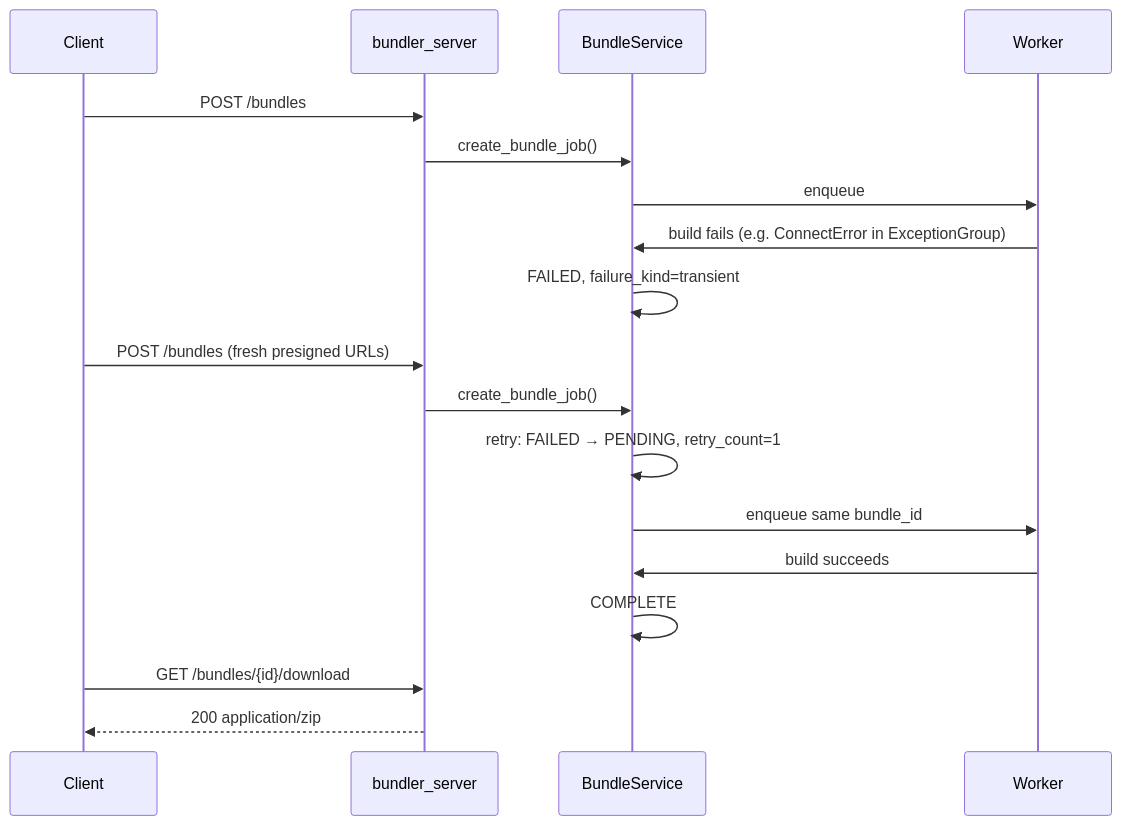
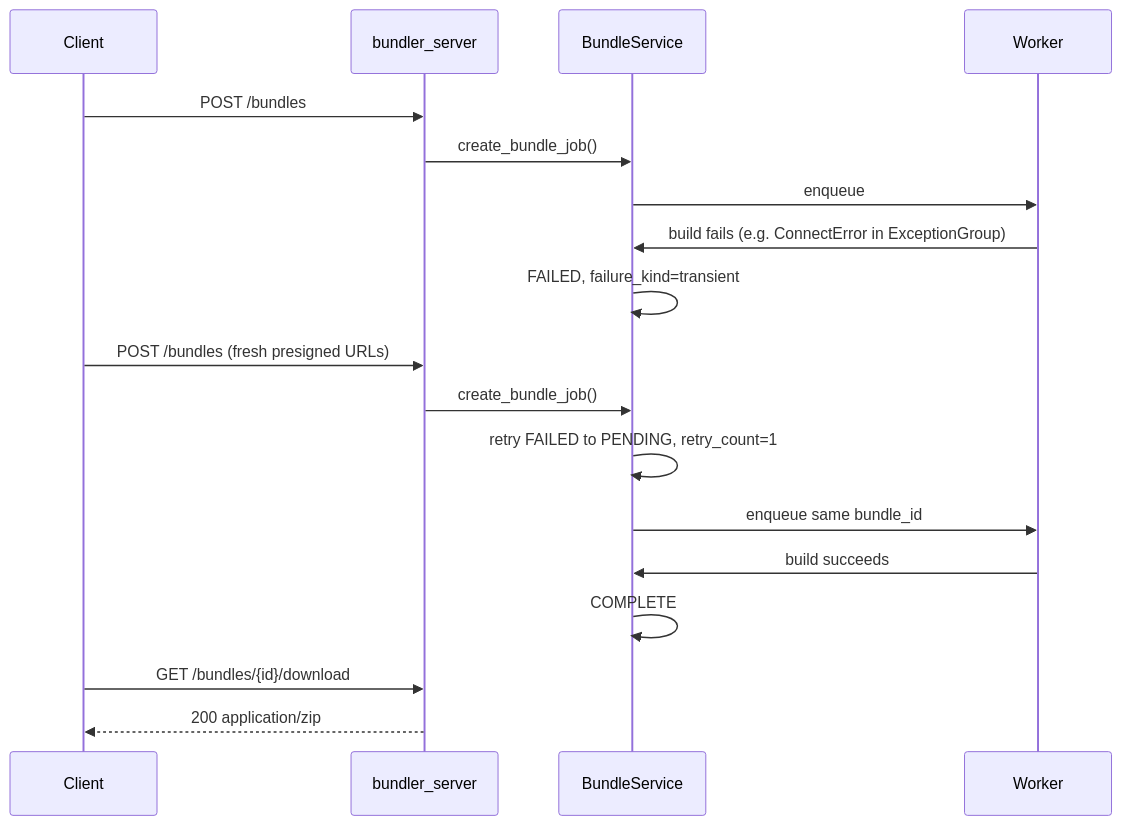
The fourth of 4 diagrams in bundler/docs/bundle-request-flow.md (pmahon3/Data-Portal), drawn with Mermaid before and after one commit. The commit also changed other lines of this file, not shown here.

Commit message:
docs(bundler): update mermaid diagram syntax error of bundle request flow

````diff
--- a/bundler/docs/bundle-request-flow.md
+++ b/bundler/docs/bundle-request-flow.md
@@ -142,23 +142,23 @@
 ```mermaid
 sequenceDiagram
     participant Client
     participant HTTP as bundler_server
     participant Svc as BundleService
     participant W as Worker
 
     Client->>HTTP: POST /bundles
     HTTP->>Svc: create_bundle_job()
     Svc->>W: enqueue
     W->>Svc: build fails (e.g. ConnectError in ExceptionGroup)
     Svc->>Svc: FAILED, failure_kind=transient
 
     Client->>HTTP: POST /bundles (fresh presigned URLs)
     HTTP->>Svc: create_bundle_job()
-    Svc->>Svc: retry: FAILED → PENDING, retry_count=1
+    Svc->>Svc: retry FAILED to PENDING, retry_count=1
     Svc->>W: enqueue same bundle_id
     W->>Svc: build succeeds
     Svc->>Svc: COMPLETE
 
     Client->>HTTP: GET /bundles/{id}/download
     HTTP-->>Client: 200 application/zip
 ```
````
